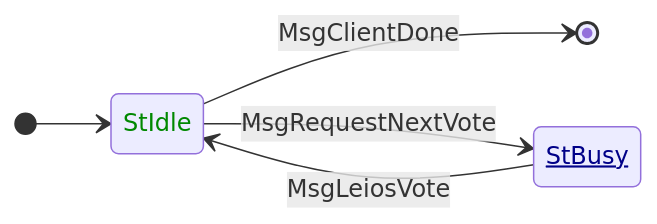
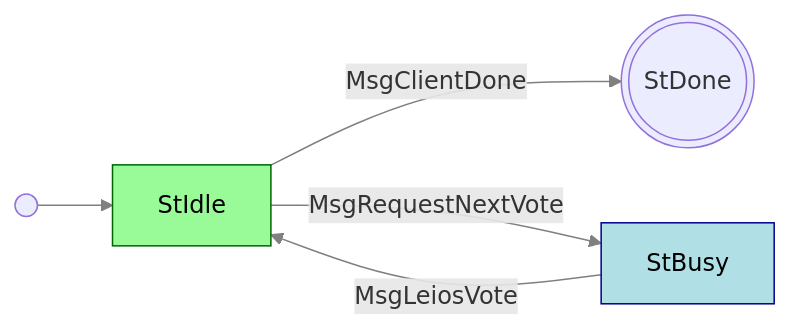
The diagram in src/network/node-to-node/leios-votes/README.md (rkuhn/cardano-blueprint), drawn with Mermaid before and after one commit. The commit also changed other lines of this file and 11 other files, not shown here.

First line of the commit message:
Improve readability of state diagrams

````diff
--- a/src/network/node-to-node/leios-votes/README.md
+++ b/src/network/node-to-node/leios-votes/README.md
@@ -24,13 +24,16 @@
 ```mermaid
-stateDiagram
-   direction LR
-   [*] --> StIdle
-   StIdle --> [*]: MsgClientDone
-   StIdle --> StBusy: MsgRequestNextVote
-   StBusy --> StIdle: MsgLeiosVote
+graph LR
+   classDef client color:black,fill:PaleGreen,stroke:DarkGreen;
+   classDef server color:black,fill:PowderBlue,stroke:DarkBlue;
+   linkStyle default stroke:gray
 
-    classDef initiator color:#080
-    classDef responder color:#008, text-decoration: underline
-    class StIdle initiator
-    class StBusy responder
+   StDone(((StDone)))
+
+   i(( )) --> StIdle
+   StIdle --MsgClientDone--> StDone
+   StIdle --MsgRequestNextVote--> StBusy
+   StBusy --MsgLeiosVote--> StIdle
+
+   class StIdle client
+   class StBusy server
 ```
````
